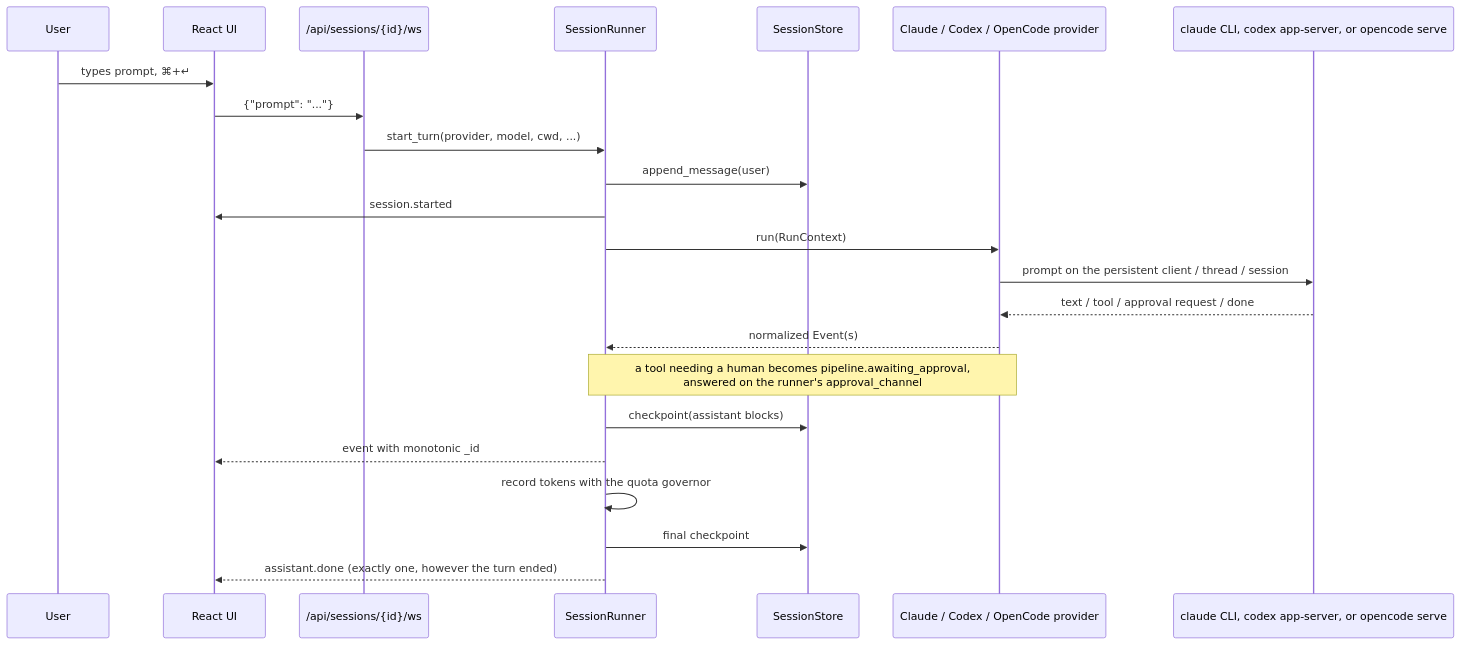
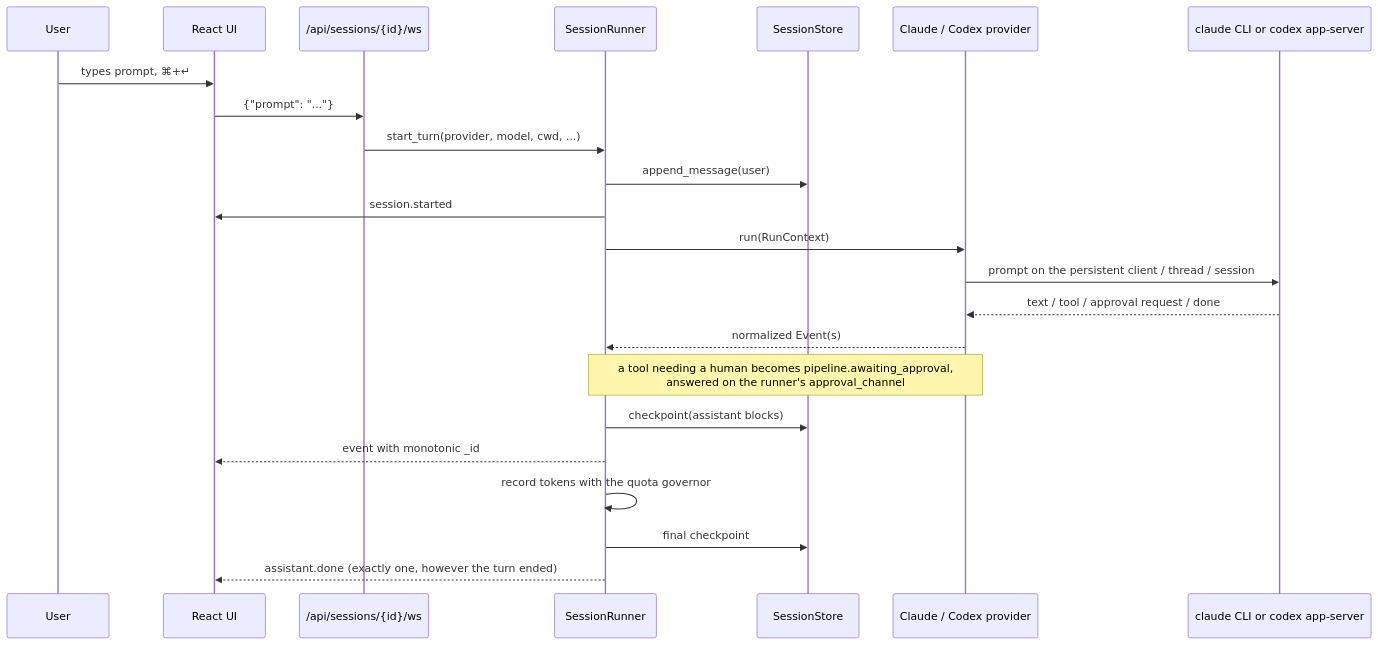
One commit to cartmancodes/LocalCode changed the first of 4 diagrams in docs/architecture.md. Above: the diagram before and after it, drawn with Mermaid. The commit also changed other lines of this file and 49 other files, not shown here.

````diff
--- a/docs/architecture.md
+++ b/docs/architecture.md
@@ -1116,26 +1076,26 @@
 ```mermaid
 sequenceDiagram
     participant U as User
     participant UI as React UI
     participant WS as /api/sessions/{id}/ws
     participant R as SessionRunner
     participant S as SessionStore
-    participant P as Claude / Codex / OpenCode provider
-    participant Up as claude CLI, codex app-server, or opencode serve
+    participant P as Claude / Codex provider
+    participant Up as claude CLI or codex app-server
 
     U->>UI: types prompt, ⌘+↵
     UI->>WS: {"prompt": "..."}
     WS->>R: start_turn(provider, model, cwd, ...)
     R->>S: append_message(user)
     R->>UI: session.started
     R->>P: run(RunContext)
     P->>Up: prompt on the persistent client / thread / session
     Up-->>P: text / tool / approval request / done
     P-->>R: normalized Event(s)
     Note over P,R: a tool needing a human becomes pipeline.awaiting_approval,<br/>answered on the runner's approval_channel
     R->>S: checkpoint(assistant blocks)
     R-->>UI: event with monotonic _id
     R->>R: record tokens with the quota governor
     R->>S: final checkpoint
     R-->>UI: assistant.done (exactly one, however the turn ended)
 ```
````
